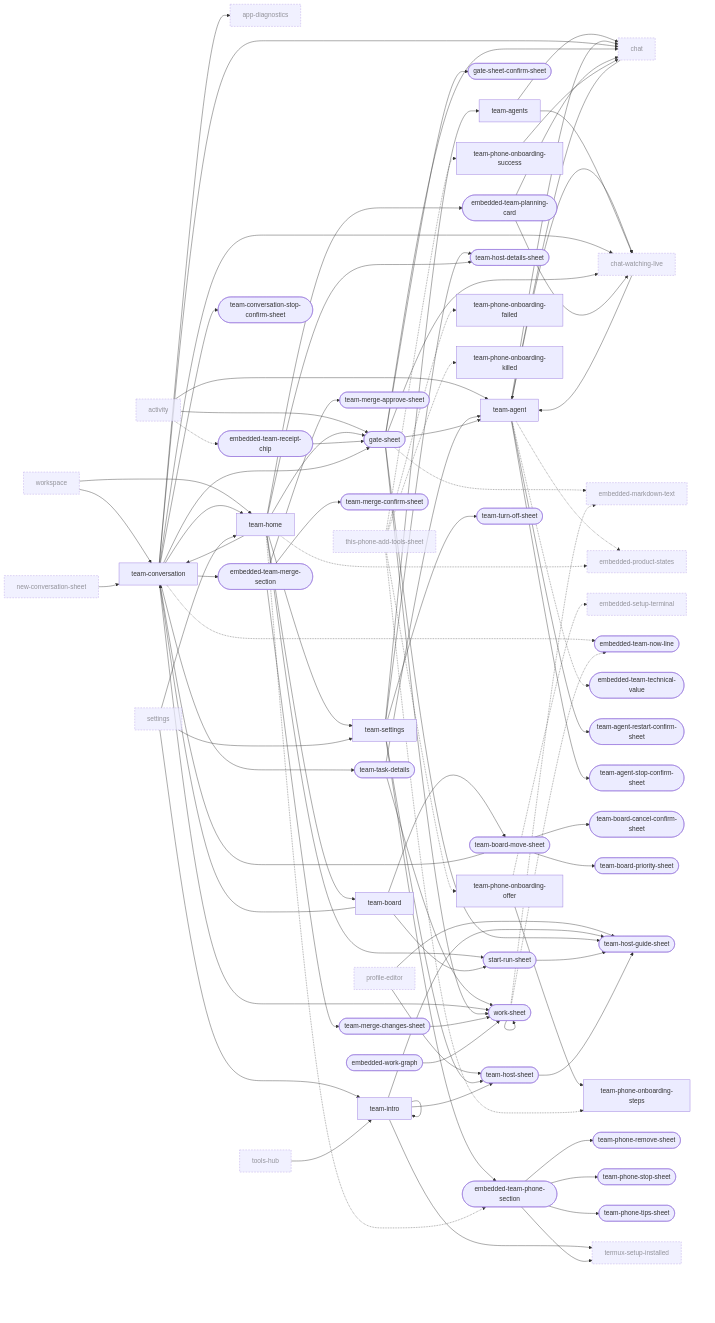
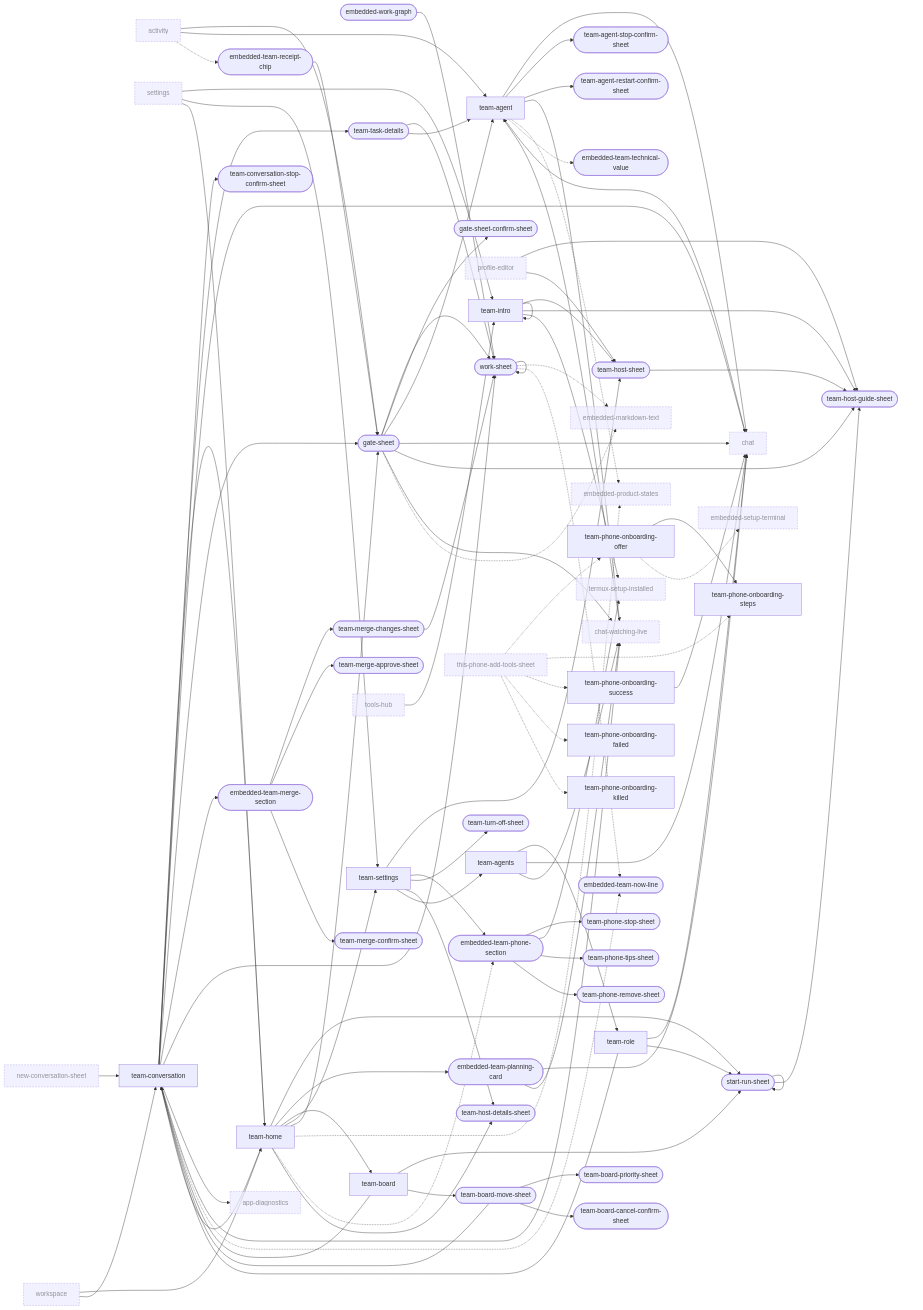
Before and after one commit to Breskott/opencode-mobile-next: the seventh of 10 diagrams in docs/design/ui-ledger/navigation.md, drawn with Mermaid. The commit also changed other lines of this file and 39 other files, not shown here.

First line of the commit message:
feat(team): Agents page as roles, role page, Who row on start-task, role names in the team conversation [skip ci]

```diff
--- a/docs/design/ui-ledger/navigation.md
+++ b/docs/design/ui-ledger/navigation.md
@@ -962,6 +964,7 @@
   team_phone_remove_sheet(["team-phone-remove-sheet"])
   team_phone_stop_sheet(["team-phone-stop-sheet"])
   team_phone_tips_sheet(["team-phone-tips-sheet"])
+  team_role["team-role"]
   team_settings["team-settings"]
   team_task_details(["team-task-details"])
   team_turn_off_sheet(["team-turn-off-sheet"])
@@ -992,7 +995,11 @@
   team_settings --> team_agents
   team_task_details --> work_sheet
   team_task_details --> team_agent
+  team_agents --> team_role
   team_agents --> chat
+  team_role --> team_conversation
+  team_role --> chat
+  team_role --> start_run_sheet
   team_agent --> chat
   team_agent --> team_agent_stop_confirm_sheet
   team_agent --> team_agent_restart_confirm_sheet
@@ -1026,6 +1033,7 @@
   team_merge_changes_sheet --> work_sheet
   work_sheet --> work_sheet
   embedded_work_graph --> work_sheet
+  start_run_sheet --> start_run_sheet
   start_run_sheet --> team_host_guide_sheet
   embedded_team_planning_card --> chat
   team_phone_onboarding_success --> chat
@@ -1037,7 +1045,6 @@
   settings --> team_intro
   tools_hub --> team_intro
   team_agent --> chat_watching_live
-  team_agents --> chat_watching_live
   team_conversation --> chat_watching_live
   gate_sheet --> chat_watching_live
   embedded_team_planning_card --> chat_watching_live
@@ -1045,6 +1052,7 @@
   team_phone_onboarding_offer --> team_phone_onboarding_steps
   team_agent -.-> embedded_product_states
   team_home -.-> embedded_product_states
+  team_agents --> chat_watching_live
   gate_sheet -.-> embedded_markdown_text
   work_sheet -.-> embedded_markdown_text
   team_phone_onboarding_offer -.-> embedded_setup_terminal
```
